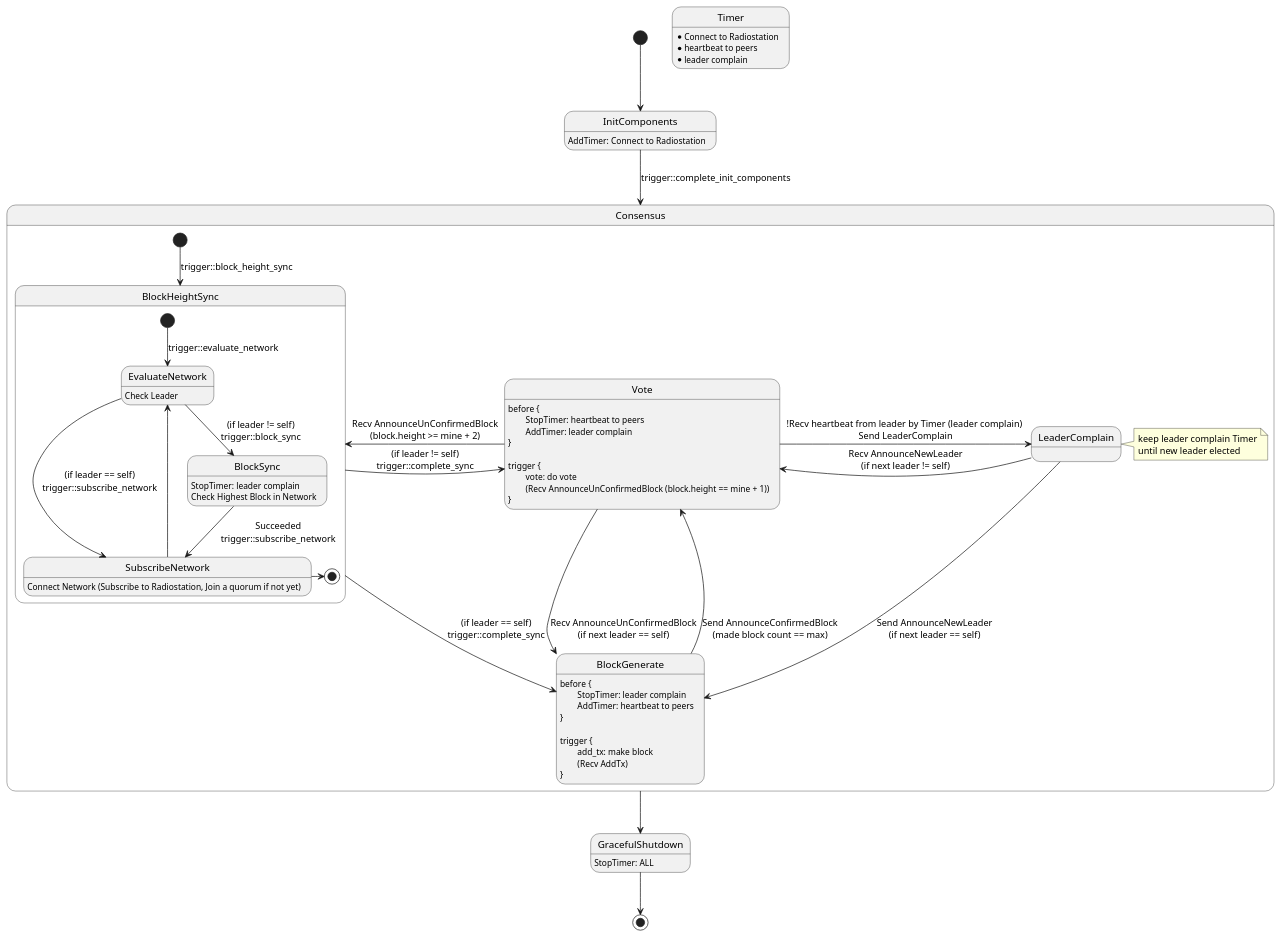
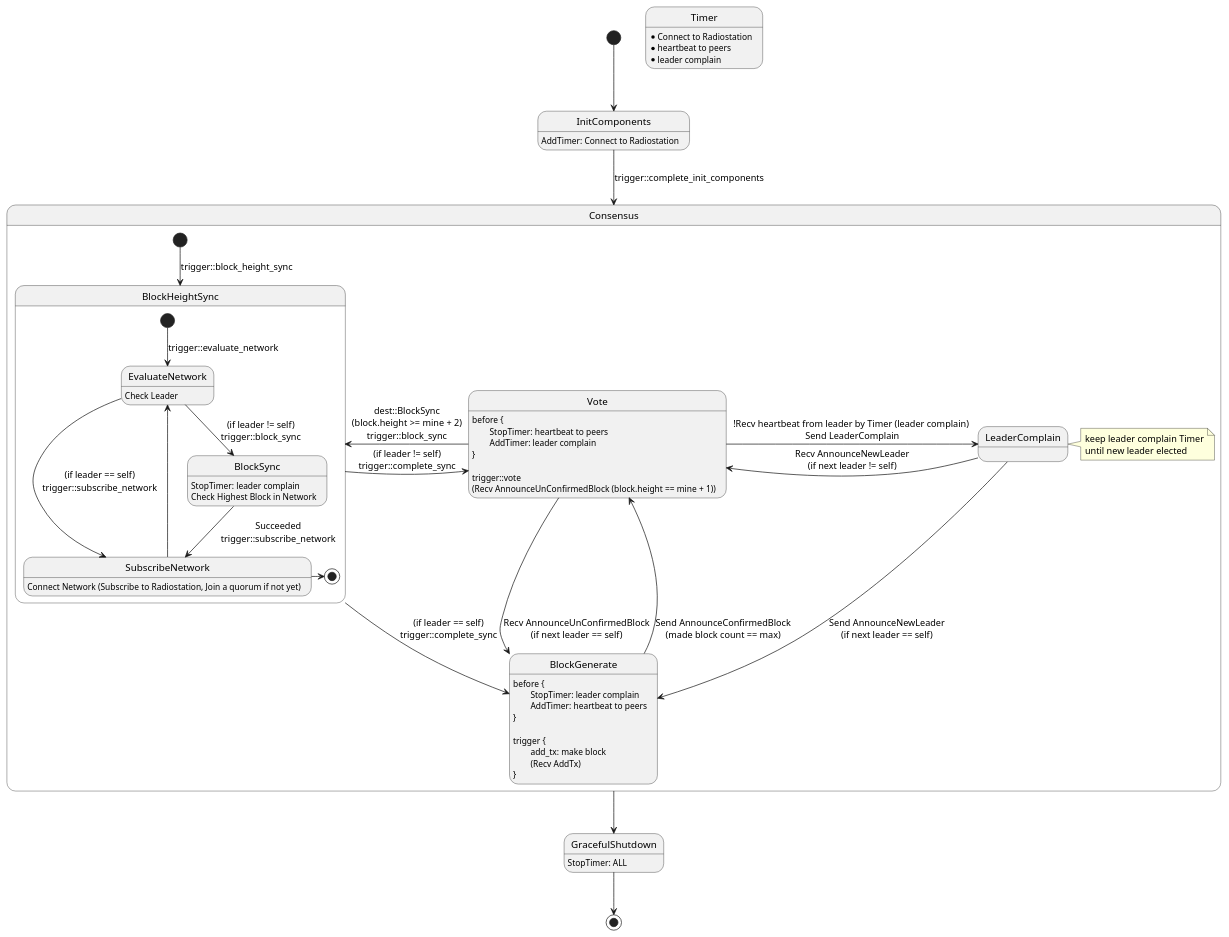
Before and after one commit to icon-project/loopchain: the diagram in docs/8. diagram/state_machine_in_siever.wsd, drawn with PlantUML. The commit also changed 2 other files, not shown here.

Commit message:
Add vote trigger to replace run_logic(vote) loop.

```diff
--- a/docs/8. diagram/state_machine_in_siever.wsd
+++ b/docs/8. diagram/state_machine_in_siever.wsd
@@ -1,70 +1,68 @@
 @startuml State Machine in Siever
 
 [*] --> InitComponents
 InitComponents: AddTimer: Connect to Radiostation
 
 InitComponents --> Consensus : trigger::complete_init_components
 
 state Timer
 Timer: * Connect to Radiostation
 Timer: * heartbeat to peers
 Timer: * leader complain
 
 state Consensus {
     [*] --> BlockHeightSync : trigger::block_height_sync
 
     state BlockHeightSync {
         [*] --> EvaluateNetwork : trigger::evaluate_network
 
         EvaluateNetwork: Check Leader
         EvaluateNetwork --> BlockSync : (if leader != self)\ntrigger::block_sync
         EvaluateNetwork --> SubscribeNetwork : (if leader == self)\ntrigger::subscribe_network
 
         BlockSync: StopTimer: leader complain
         BlockSync: Check Highest Block in Network
         BlockSync --> SubscribeNetwork : Succeeded\ntrigger::subscribe_network
 
         SubscribeNetwork: Connect Network (Subscribe to Radiostation, Join a quorum if not yet)
         SubscribeNetwork -up-> EvaluateNetwork
         SubscribeNetwork -right-> [*]
     }
     BlockHeightSync --> BlockGenerate: (if leader == self)\ntrigger::complete_sync
     BlockHeightSync -> Vote: (if leader != self)\ntrigger::complete_sync
 
     Vote: before {
     Vote: \tStopTimer: heartbeat to peers
     Vote: \tAddTimer: leader complain
     Vote: }
     Vote: 
-    Vote: trigger {
-    Vote: \tvote: do vote\n\t(Recv AnnounceUnConfirmedBlock (block.height == mine + 1))
-    Vote: }
-    Vote -left-> BlockHeightSync : Recv AnnounceUnConfirmedBlock\n(block.height >= mine + 2)
+    Vote: trigger::vote\n(Recv AnnounceUnConfirmedBlock (block.height == mine + 1))
+    Vote -left-> BlockHeightSync : dest::BlockSync\n(block.height >= mine + 2)\ntrigger::block_sync
     Vote -> BlockGenerate : Recv AnnounceUnConfirmedBlock\n(if next leader == self)
     Vote -> LeaderComplain : !Recv heartbeat from leader by Timer (leader complain) \nSend LeaderComplain
 
     BlockGenerate: before {
     BlockGenerate: \tStopTimer: leader complain
     BlockGenerate: \tAddTimer: heartbeat to peers
     BlockGenerate: }
     BlockGenerate: 
     BlockGenerate: trigger {
     BlockGenerate: \tadd_tx: make block\n\t(Recv AddTx)
     BlockGenerate: }
     BlockGenerate -> Vote : Send AnnounceConfirmedBlock\n(made block count == max)
 
     state LeaderComplain
     note right of LeaderComplain
       keep leader complain Timer
       until new leader elected
     end note
     LeaderComplain -> Vote : Recv AnnounceNewLeader\n(if next leader != self)
     LeaderComplain --> BlockGenerate : Send AnnounceNewLeader\n(if next leader == self)
 }
 
 Consensus --> GracefulShutdown
 
 GracefulShutdown: StopTimer: ALL
 GracefulShutdown --> [*]
 
 @enduml
```
